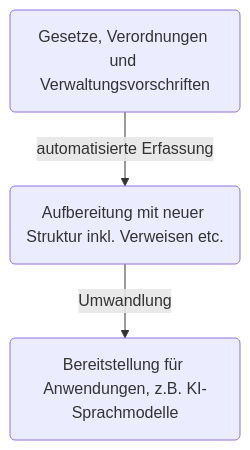
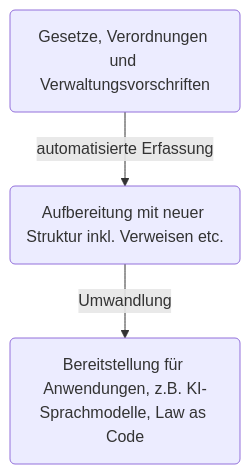
One commit to stefanmaeder/dotgov changed the diagram in slides/02_big-picture.md. Above: the diagram before and after it, drawn with Mermaid.

````diff
--- a/slides/02_big-picture.md
+++ b/slides/02_big-picture.md
@@ -1,5 +1,5 @@
 ```mermaid
 flowchart TD
     A(Gesetze, Verordnungen und Verwaltungsvorschriften) -->|automatisierte Erfassung| B(Aufbereitung mit neuer Struktur inkl. Verweisen etc.)
-    B --> |Umwandlung| C(Bereitstellung für Anwendungen, z.B. KI-Sprachmodelle)
+    B --> |Umwandlung| C(Bereitstellung für Anwendungen, z.B. KI-Sprachmodelle, Law as Code)
 ```
````
